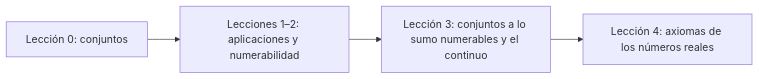
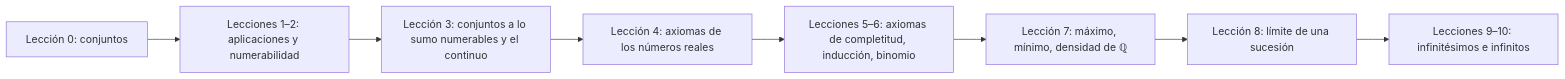
The diagram in MathInMind/es/lectures-2025-26/index.md (NikiHunter/MATAN), drawn with Mermaid before and after one commit. The commit also changed other lines of this file and 21 other files, not shown here.

````diff
--- a/MathInMind/es/lectures-2025-26/index.md
+++ b/MathInMind/es/lectures-2025-26/index.md
@@ -27,6 +30,10 @@
 ```mermaid
 flowchart LR
     A["Lección 0: conjuntos"] --> B["Lecciones 1–2: aplicaciones y numerabilidad"]
     B --> C["Lección 3: conjuntos a lo sumo numerables y el continuo"]
     C --> D["Lección 4: axiomas de los números reales"]
+    D --> E["Lecciones 5–6: axiomas de completitud, inducción, binomio"]
+    E --> F["Lección 7: máximo, mínimo, densidad de ℚ"]
+    F --> G["Lección 8: límite de una sucesión"]
+    G --> H["Lecciones 9–10: infinitésimos e infinitos"]
 ```
````
